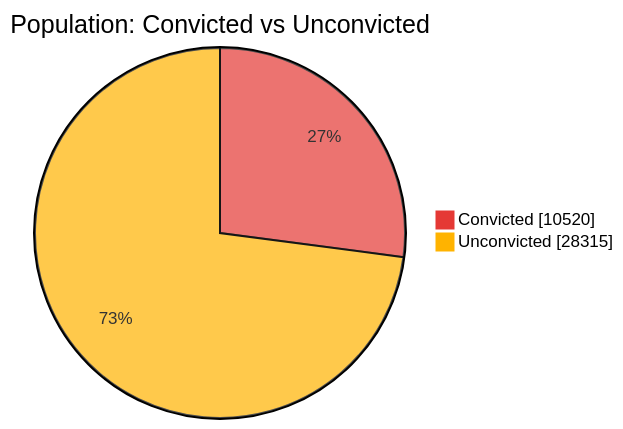
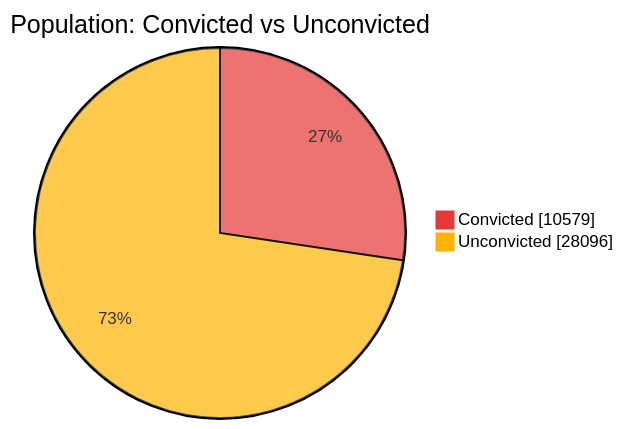
Before and after one commit to nuuuwan/lk_prisons: the first of 7 diagrams in README.md, drawn with Mermaid. The commit also changed other lines of this file and 1 other file, not shown here.

````diff
--- a/README.md
+++ b/README.md
@@ -43,6 +43,6 @@
 ```mermaid
 %%{init: {'themeVariables': {'pie1': '#E53935', 'pie2': '#FFB300'}}}%%
 pie showData title Population: Convicted vs Unconvicted
-    "Convicted" : 10520
-    "Unconvicted" : 28315
+    "Convicted" : 10579
+    "Unconvicted" : 28096
 ```
````
